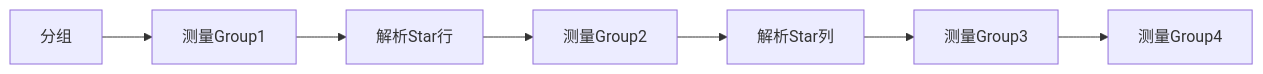
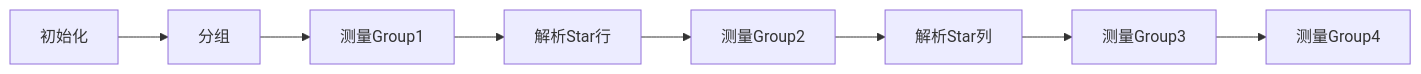
One commit to zxbmmmmmmmmm/zxbmmmmmmmmm.github.io changed the first of 3 diagrams in src/posts/Avalonia等UI框架中Grid控件的工作原理.md. Above: the diagram before and after it, drawn with Mermaid. The commit also changed other lines of this file, not shown here.

````diff
--- a/src/posts/Avalonia等UI框架中Grid控件的工作原理.md
+++ b/src/posts/Avalonia等UI框架中Grid控件的工作原理.md
@@ -65,4 +65,4 @@
 ```mermaid
 flowchart LR
-    A[分组] --> B[测量Group1] --> C[解析Star行] --> D[测量Group2] --> E[解析Star列] --> F[测量Group3] --> G[测量Group4]
+    X[初始化] --> A[分组] --> B[测量Group1] --> C[解析Star行] --> D[测量Group2] --> E[解析Star列] --> F[测量Group3] --> G[测量Group4]
 ```
````
